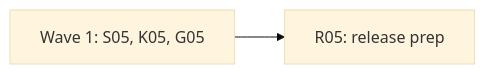
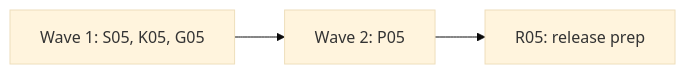
One commit to alfhen/pingwright changed the diagram in docs/plan-0.5.0.md. Above: the diagram before and after it, drawn with Mermaid (base theme). The commit also changed other lines of this file and 1 other file, not shown here.

````diff
--- a/docs/plan-0.5.0.md
+++ b/docs/plan-0.5.0.md
@@ -34,4 +37,4 @@
 ```mermaid
 flowchart LR
-  W1[Wave 1: S05, K05, G05] --> R[R05: release prep]
+  W1[Wave 1: S05, K05, G05] --> W2[Wave 2: P05] --> R[R05: release prep]
 ```
````
